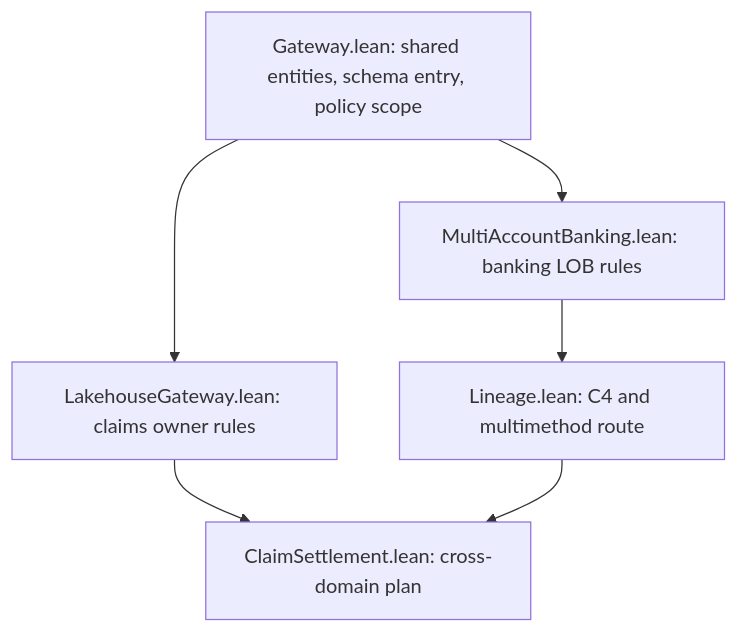
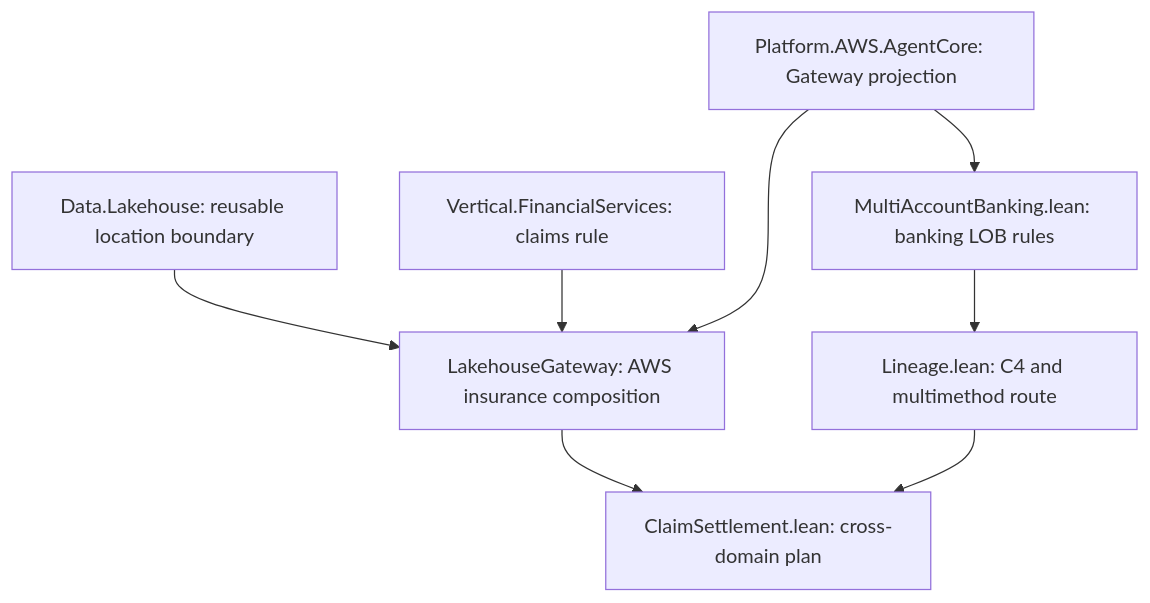
One commit to tao3k/cedar-poo-spec changed the diagram in Examples/Enterprise/AWS/FinancialServices/README.org. Above: the diagram before and after it, drawn with Mermaid. The commit also changed other lines of this file and 264 other files, not shown here.

```diff
--- a/Examples/Enterprise/AWS/FinancialServices/README.org
+++ b/Examples/Enterprise/AWS/FinancialServices/README.org
@@ -29,9 +31,10 @@
 #+begin_src mermaid
 flowchart TB
-    G[Gateway.lean: shared entities, schema entry, policy scope]
-    G --> L[LakehouseGateway.lean: claims owner rules]
+    D[Data.Lakehouse: reusable location boundary] --> L[LakehouseGateway: AWS insurance composition]
+    F[Vertical.FinancialServices: claims rule] --> L
+    G[Platform.AWS.AgentCore: Gateway projection] --> L
     G --> B[MultiAccountBanking.lean: banking LOB rules]
     B --> R[Lineage.lean: C4 and multimethod route]
     L --> C[ClaimSettlement.lean: cross-domain plan]
     R --> C
 #+end_src
```
